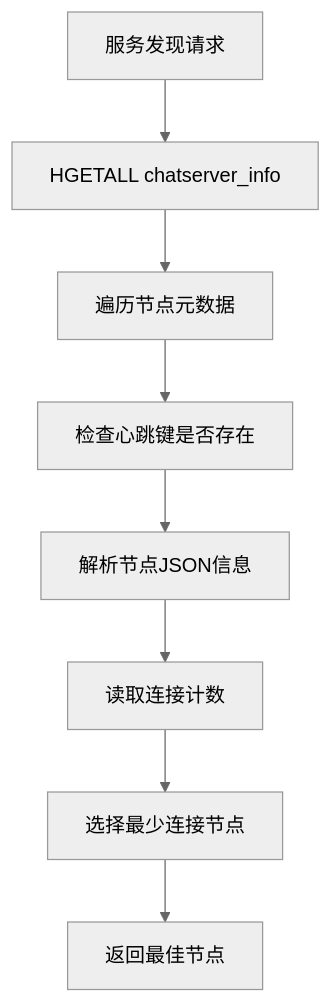
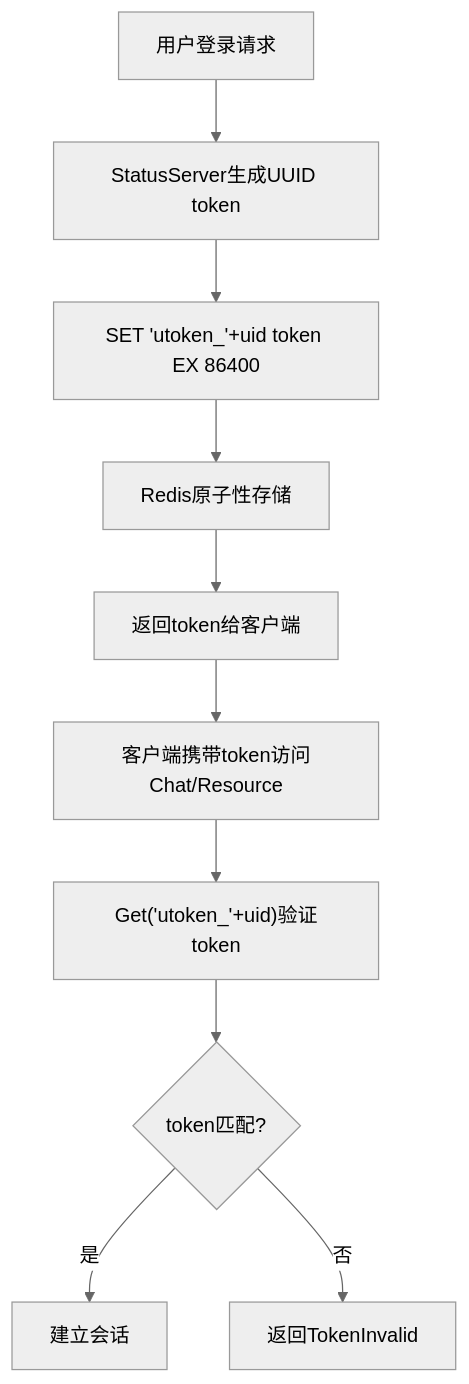
The sixth of 7 diagrams in .qoder/repowiki/zh/content/缓存和存储/Redis缓存策略.md (echo9923/mychatter), drawn with Mermaid (neutral theme) before and after one commit. The commit also changed other lines of this file and 58 other files, not shown here.

````diff
--- a/.qoder/repowiki/zh/content/缓存和存储/Redis缓存策略.md
+++ b/.qoder/repowiki/zh/content/缓存和存储/Redis缓存策略.md
@@ -250,10 +258,12 @@
 ```mermaid
 flowchart TD
-A["服务发现请求"] --> B["HGETALL chatserver_info"]
-B --> C["遍历节点元数据"]
-C --> D["检查心跳键是否存在"]
-D --> E["解析节点JSON信息"]
-E --> F["读取连接计数"]
-F --> G["选择最少连接节点"]
-G --> H["返回最佳节点"]
+A["用户登录请求"] --> B["StatusServer生成UUID token"]
+B --> C["SET 'utoken_'+uid token EX 86400"]
+C --> D["Redis原子性存储"]
+D --> E["返回token给客户端"]
+E --> F["客户端携带token访问Chat/Resource"]
+F --> G["Get('utoken_'+uid)验证token"]
+G --> H{"token匹配?"}
+H --> |是| I["建立会话"]
+H --> |否| J["返回TokenInvalid"]
 ```
````
